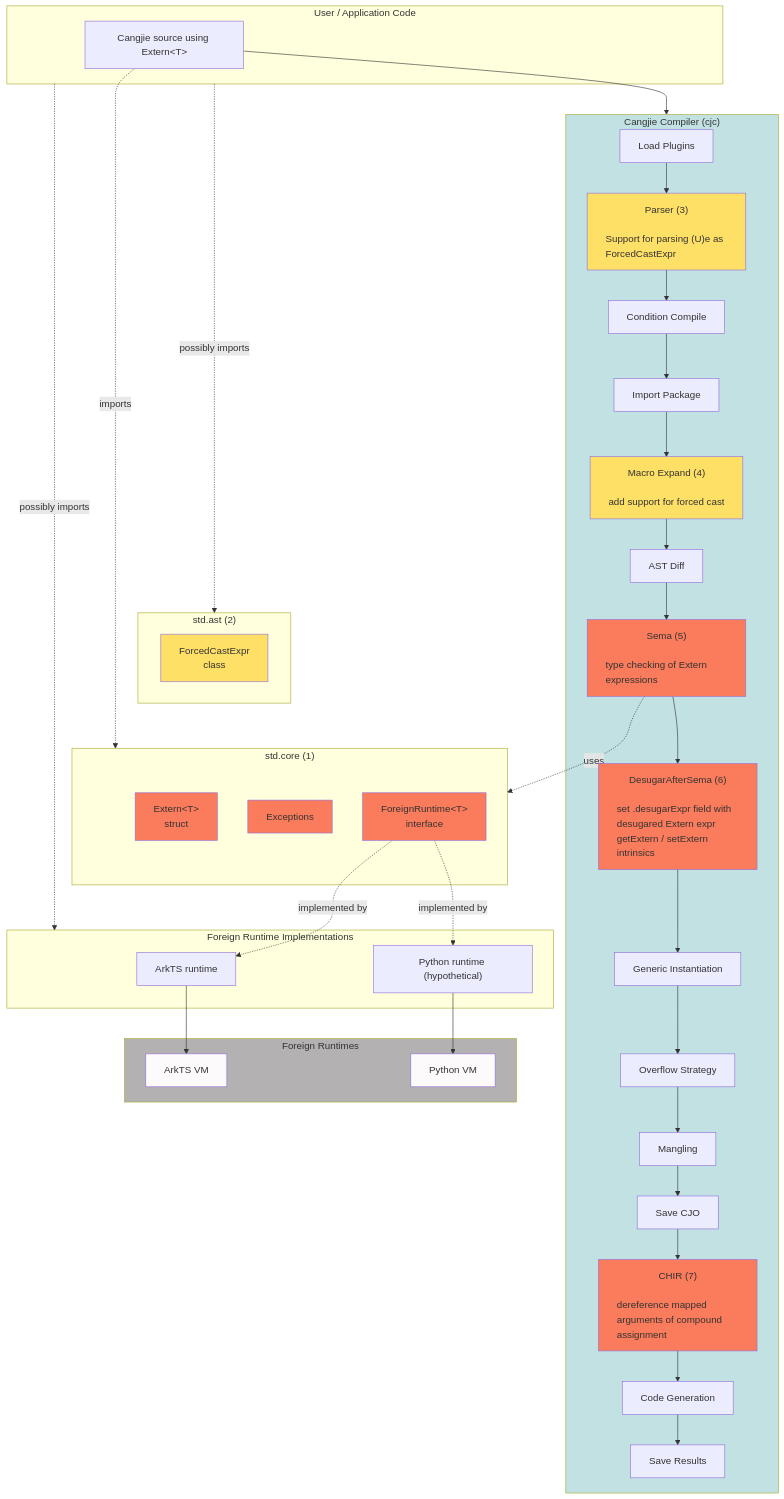
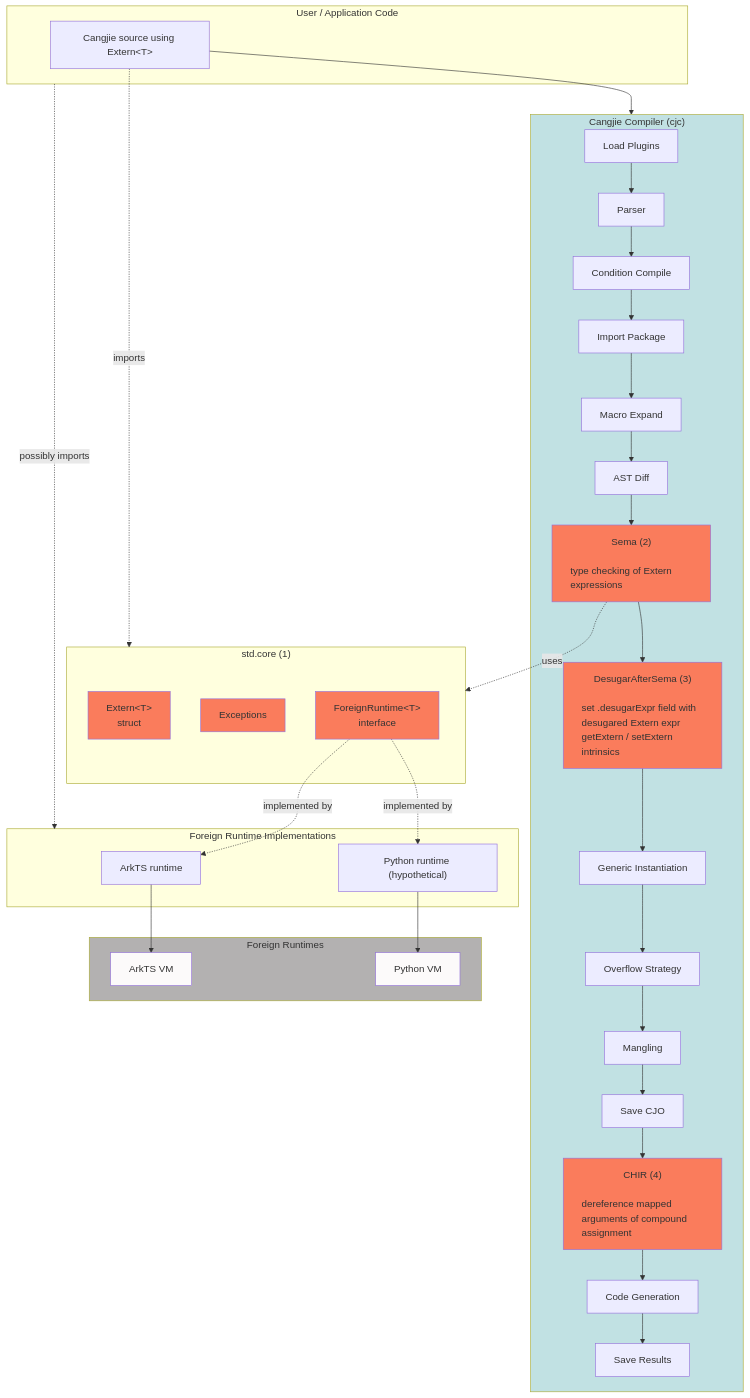
The diagram in docs/extern_architecture_simple_model.md (CJPLUK/cangjie_extern), drawn with Mermaid before and after one commit. The commit also changed other lines of this file, not shown here.

````diff
--- a/docs/extern_architecture_simple_model.md
+++ b/docs/extern_architecture_simple_model.md
@@ -75,72 +75,63 @@
 ```mermaid
 flowchart TB
     subgraph UserCode["User / Application Code"]
         UC["Cangjie source using Extern&lt;T&gt;"]
     end
 
     subgraph Compiler["Cangjie Compiler (cjc)"]
         LoadPlugin["Load Plugins"]
-        Parser["Parser (3)<br/><br/><p style='text-align:left'>Support for parsing (U)e as ForcedCastExpr</p>"]
+        Parser["Parser"]
         ConditionCompile["Condition Compile"]
         ImportPackage["Import Package"]
-        MacroExpand["Macro Expand (4)<br/><br/><p style='text-align:left'>add support for forced cast</p>"]
+        MacroExpand["Macro Expand"]
         ASTDiff["AST Diff"]
-        Sema["Sema (5)<br/><br/><p style='text-align:left'>type checking of Extern expressions</p>"]
-        DesugarAfterSema["DesugarAfterSema (6)<br/><br/><p style='text-align:left'>set .desugarExpr field with desugared Extern expr<br/>getExtern / setExtern intrinsics</p>"]
+        Sema["Sema (2)<br/><br/><p style='text-align:left'>type checking of Extern expressions</p>"]
+        DesugarAfterSema["DesugarAfterSema (3)<br/><br/><p style='text-align:left'>set .desugarExpr field with desugared Extern expr<br/>getExtern / setExtern intrinsics</p>"]
         GenericInstantiation["Generic Instantiation"]
         OverflowStrategy["Overflow Strategy"]
         Mangling["Mangling"]
         SaveCJO["Save CJO"]
-        CHIR["CHIR (7)<br/><br/><p style='text-align:left'>dereference mapped arguments of compound assignment</p>"]
+        CHIR["CHIR (4)<br/><br/><p style='text-align:left'>dereference mapped arguments of compound assignment</p>"]
         CodeGen["Code Generation"]
         SaveResults["Save Results"]
-        style Parser fill:#ffe066
-        style MacroExpand fill:#ffe066
         style DesugarAfterSema fill:#fa7c5c
         style CHIR fill:#fa7c5c
         style Sema fill:#fa7c5c
-    end
-
-    subgraph StdAST["std.ast (2)"]
-        ForcedCastExpr["ForcedCastExpr<br/>class"]
-        style ForcedCastExpr fill:#ffe066
     end
 
     subgraph StdCore["std.core (1)"]
         ExternType["Extern&lt;T&gt;<br/>struct"]
         Exc["Exceptions"]
         FRT["ForeignRuntime&lt;T&gt;<br/>interface"]
         style ExternType fill:#fa7c5c
         style Exc fill:#fa7c5c
         style FRT fill:#fa7c5c
     end
 
     subgraph RuntimeImpl["Foreign&nbsp;Runtime&nbsp;Implementations"]
         ArkTS["ArkTS runtime"]
         Python["Python runtime (hypothetical)"]
     end
 
     subgraph ForeignVM["Foreign Runtimes"]
         ArkVM["ArkTS VM"]
         PyVM["Python VM"]
         style ArkVM fill: #fcfafa
         style PyVM fill: #fcfafa
     end
 
-    UserCode -.-> |"possibly imports"| StdAST
-    StdAST ~~~ StdCore
     UC --> Compiler
     LoadPlugin --> Parser --> ConditionCompile --> ImportPackage --> MacroExpand
     MacroExpand --> ASTDiff --> Sema --> DesugarAfterSema --> GenericInstantiation
     GenericInstantiation --> OverflowStrategy --> Mangling --> SaveCJO
     SaveCJO --> CHIR --> CodeGen --> SaveResults
     Sema -.->|"uses"| StdCore
     UC -.-> |"imports"| StdCore
     ArkTS --> ArkVM
     Python --> PyVM
     FRT -.->|"implemented by"| ArkTS
     FRT -.->|"implemented by"| Python
     UserCode -.-> |"possibly imports"| RuntimeImpl
     style ForeignVM fill:#b3b1b1
     style Compiler fill:#c1e1e3
 ```
````
